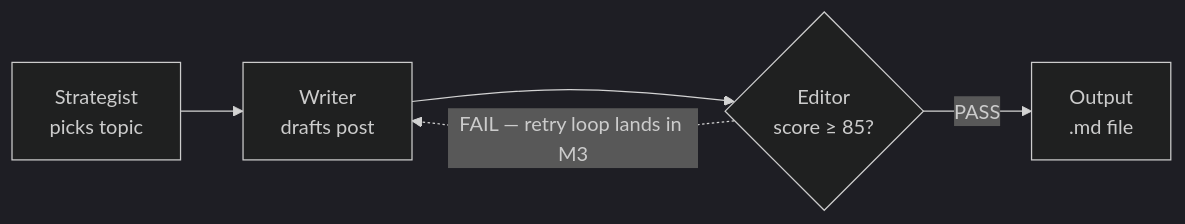
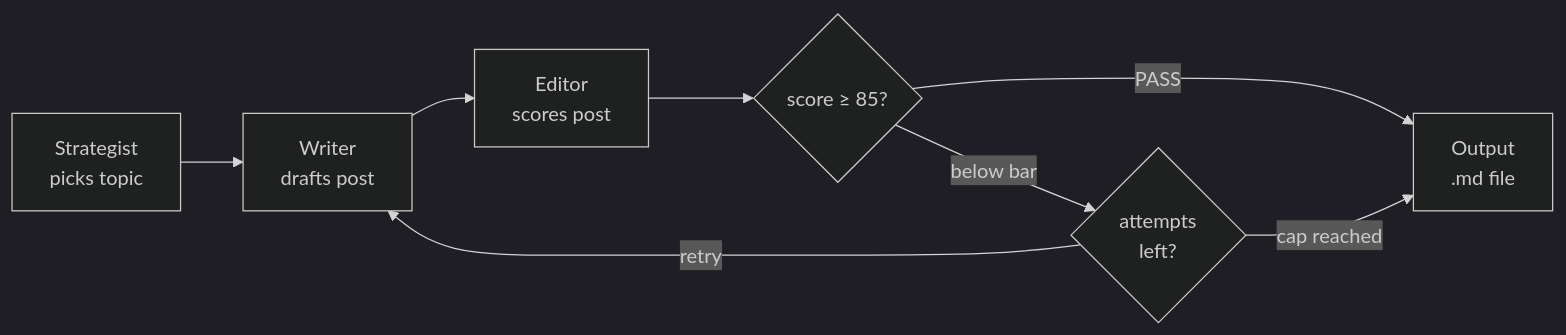
Before and after one commit to stansuo/crewai-factory: the diagram in README.md, drawn with Mermaid (dark theme). The commit also changed other lines of this file and 17 other files, not shown here.

Commit message:
feat(flow): upgrade to CrewAI Flow with retry-until-pass (M3) (#19)

````diff
--- a/README.md
+++ b/README.md
@@ -7,7 +7,10 @@
 ```mermaid
 flowchart LR
     S["Strategist<br/>picks topic"] --> W["Writer<br/>drafts post"]
-    W --> E{"Editor<br/>score ≥ 85?"}
-    E -->|PASS| O["Output<br/>.md file"]
-    E -.->|"FAIL — retry loop lands in M3"| W
+    W --> E["Editor<br/>scores post"]
+    E --> Q1{"score ≥ 85?"}
+    Q1 -->|PASS| O["Output<br/>.md file"]
+    Q1 -->|below bar| Q2{"attempts<br/>left?"}
+    Q2 -->|"retry"| W
+    Q2 -->|"cap reached"| O
 ```
````
